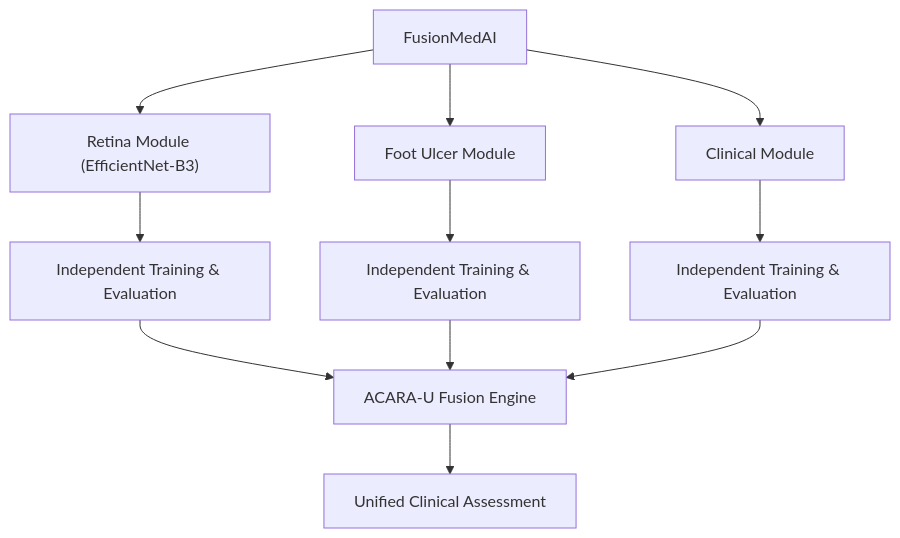
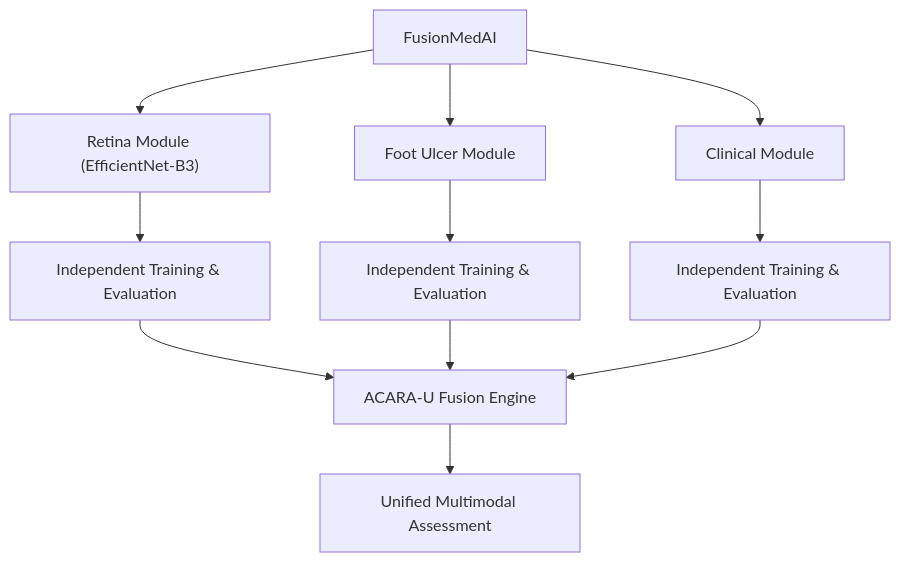
The first of 2 diagrams in docs/architecture.md (Dr-Venom29/FusionMedAI), drawn with Mermaid before and after one commit. The commit also changed other lines of this file and 20 other files, not shown here.

````diff
--- a/docs/architecture.md
+++ b/docs/architecture.md
@@ -13,13 +13,13 @@
 ```mermaid
 flowchart TD
     FMAI[FusionMedAI] --> Retina["Retina Module (EfficientNet-B3)"]
     FMAI --> Foot[Foot Ulcer Module]
     FMAI --> Clinical[Clinical Module]
     
     Retina --> R_Eval[Independent Training & Evaluation]
     Foot --> F_Eval[Independent Training & Evaluation]
     Clinical --> C_Eval[Independent Training & Evaluation]
     
     R_Eval & F_Eval & C_Eval --> Engine[ACARA-U Fusion Engine]
-    Engine --> Assessment[Unified Clinical Assessment]
+    Engine --> Assessment[Unified Multimodal Assessment]
 ```
````
